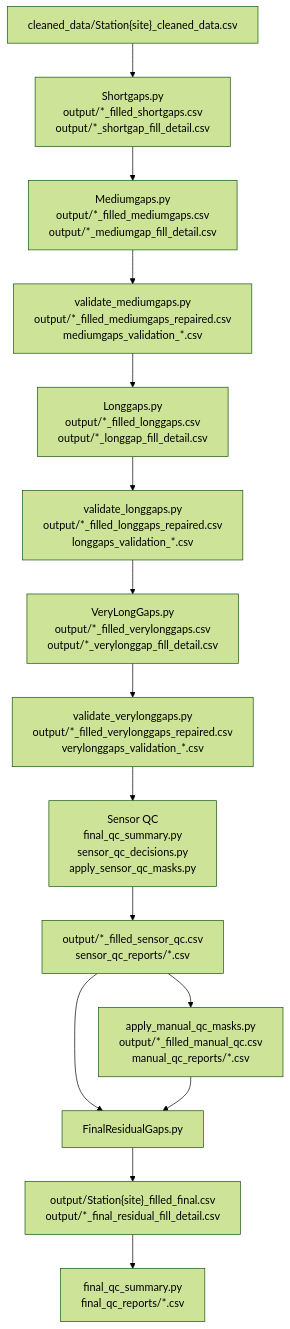
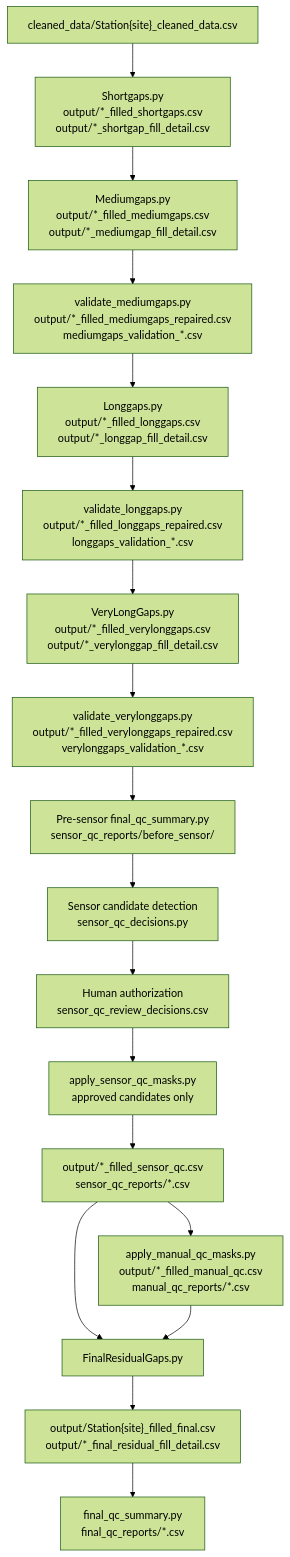
One commit to kiat/tx-soil-moisture changed the second of 3 diagrams in data-cleanup/imputation_pipeline/TECHNICAL_NOTES_TxSON33.md. Above: the diagram before and after it, drawn with Mermaid (forest theme). The commit also changed other lines of this file and 20 other files, not shown here.

````diff
--- a/data-cleanup/imputation_pipeline/TECHNICAL_NOTES_TxSON33.md
+++ b/data-cleanup/imputation_pipeline/TECHNICAL_NOTES_TxSON33.md
@@ -83,18 +89,21 @@
 ```mermaid
 flowchart TD
     A["cleaned_data/Station{site}_cleaned_data.csv"]
     A --> B["Shortgaps.py<br/>output/*_filled_shortgaps.csv<br/>output/*_shortgap_fill_detail.csv"]
     B --> C["Mediumgaps.py<br/>output/*_filled_mediumgaps.csv<br/>output/*_mediumgap_fill_detail.csv"]
     C --> D["validate_mediumgaps.py<br/>output/*_filled_mediumgaps_repaired.csv<br/>mediumgaps_validation_*.csv"]
     D --> E["Longgaps.py<br/>output/*_filled_longgaps.csv<br/>output/*_longgap_fill_detail.csv"]
     E --> F["validate_longgaps.py<br/>output/*_filled_longgaps_repaired.csv<br/>longgaps_validation_*.csv"]
     F --> G["VeryLongGaps.py<br/>output/*_filled_verylonggaps.csv<br/>output/*_verylonggap_fill_detail.csv"]
     G --> H["validate_verylonggaps.py<br/>output/*_filled_verylonggaps_repaired.csv<br/>verylonggaps_validation_*.csv"]
-    H --> I["Sensor QC<br/>final_qc_summary.py<br/>sensor_qc_decisions.py<br/>apply_sensor_qc_masks.py"]
-    I --> J["output/*_filled_sensor_qc.csv<br/>sensor_qc_reports/*.csv"]
+    H --> HP["Pre-sensor final_qc_summary.py<br/>sensor_qc_reports/before_sensor/"]
+    HP --> I["Sensor candidate detection<br/>sensor_qc_decisions.py"]
+    I --> IA["Human authorization<br/>sensor_qc_review_decisions.csv"]
+    IA --> IB["apply_sensor_qc_masks.py<br/>approved candidates only"]
+    IB --> J["output/*_filled_sensor_qc.csv<br/>sensor_qc_reports/*.csv"]
     J --> K["apply_manual_qc_masks.py<br/>output/*_filled_manual_qc.csv<br/>manual_qc_reports/*.csv"]
     J --> L["FinalResidualGaps.py"]
     K --> L
     L --> M["output/Station{site}_filled_final.csv<br/>output/*_final_residual_fill_detail.csv"]
     M --> N["final_qc_summary.py<br/>final_qc_reports/*.csv"]
 ```
````
